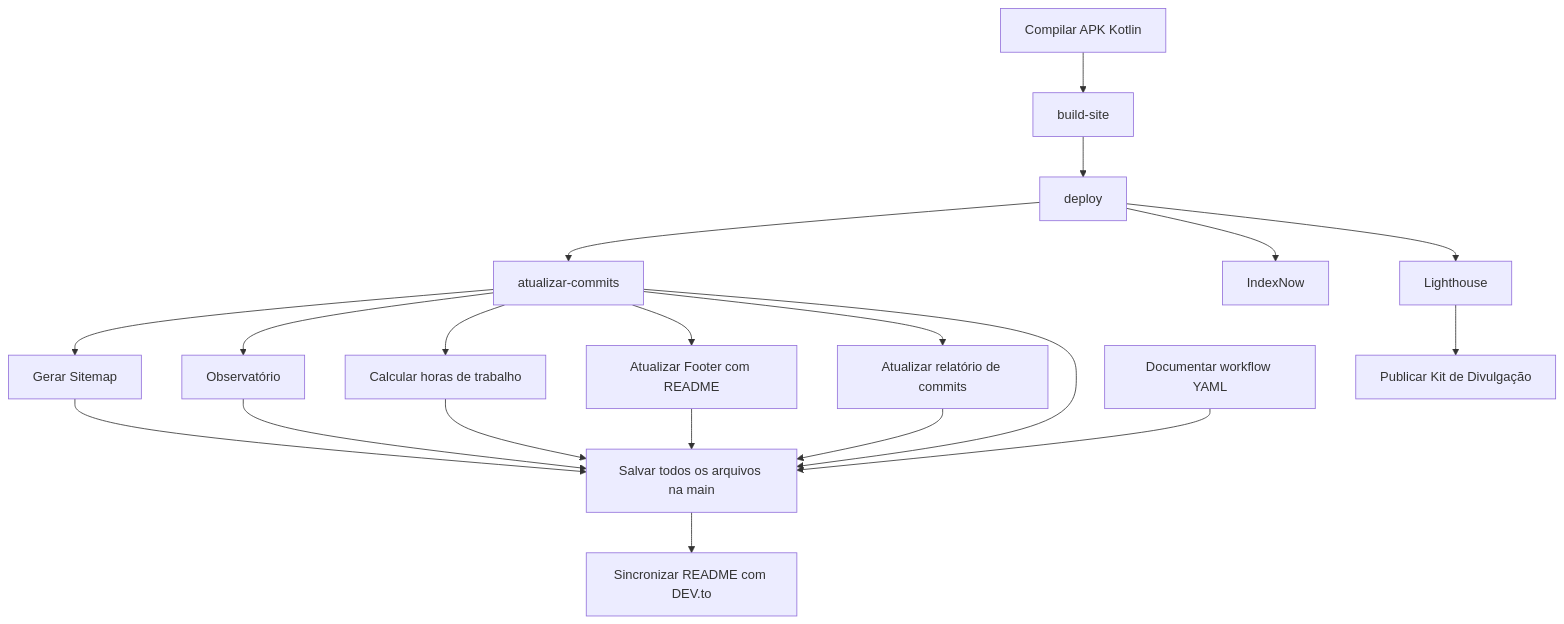
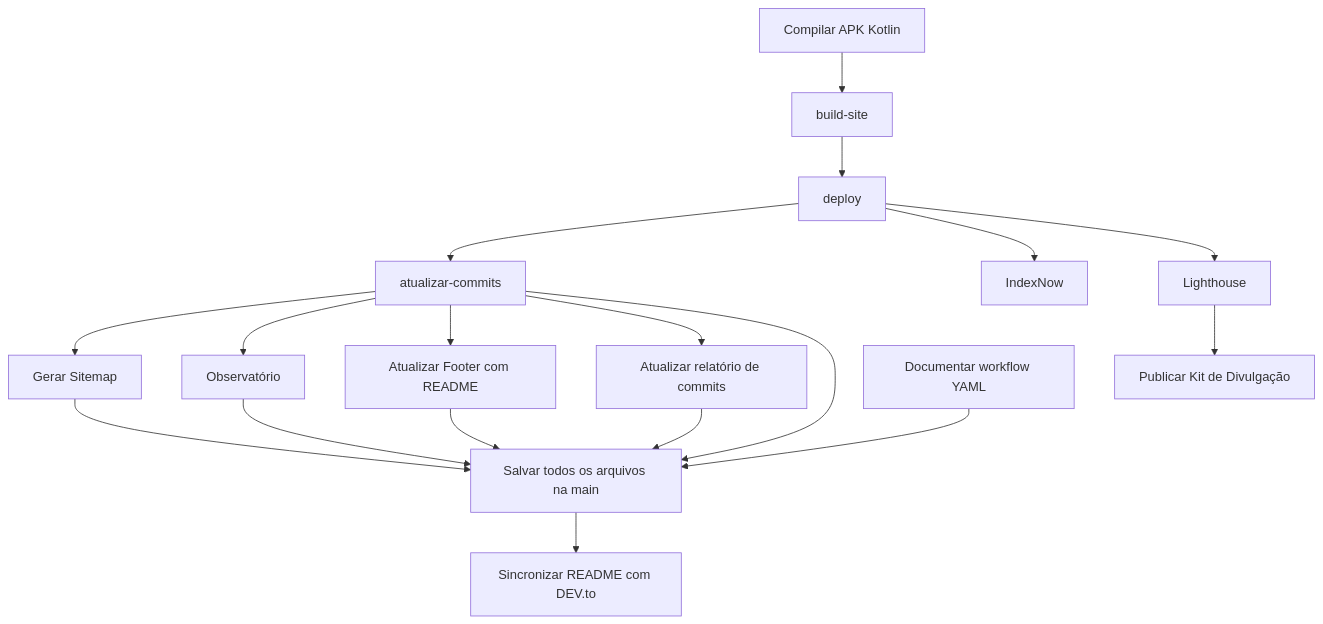
One commit to mulher-amparada/mulher-amparada-app changed the diagram in pesquisas/workflow.md. Above: the diagram before and after it, drawn with Mermaid. The commit also changed other lines of this file and 38 other files, not shown here.

````diff
--- a/pesquisas/workflow.md
+++ b/pesquisas/workflow.md
@@ -32,37 +31,34 @@
 ```mermaid
 flowchart TD
     job_build["Compilar APK Kotlin"]
     job_build_site["build-site"]
     job_deploy["deploy"]
     job_atualizar_commits["atualizar-commits"]
     job_sincronizar_devto["Sincronizar README com DEV.to"]
     job_sitemap["Gerar Sitemap"]
     job_indexnow["IndexNow"]
     job_lighthouse["Lighthouse"]
     job_publicar_divulgacao["Publicar Kit de Divulgação"]
     job_observatorio["Observatório"]
-    job_horas_trabalho["Calcular horas de trabalho"]
     job_atualizar_footer["Atualizar Footer com README"]
     job_atualizar_relatorio_commits["Atualizar relatório de commits"]
     job_pesquisar_projeto["Documentar workflow YAML"]
     job_salvar_na_main["Salvar todos os arquivos na main"]
     job_build --> job_build_site
     job_build_site --> job_deploy
     job_deploy --> job_atualizar_commits
     job_salvar_na_main --> job_sincronizar_devto
     job_atualizar_commits --> job_sitemap
     job_deploy --> job_indexnow
     job_deploy --> job_lighthouse
     job_lighthouse --> job_publicar_divulgacao
     job_atualizar_commits --> job_observatorio
-    job_atualizar_commits --> job_horas_trabalho
     job_atualizar_commits --> job_atualizar_footer
     job_atualizar_commits --> job_atualizar_relatorio_commits
     job_atualizar_commits --> job_salvar_na_main
     job_sitemap --> job_salvar_na_main
     job_atualizar_footer --> job_salvar_na_main
     job_atualizar_relatorio_commits --> job_salvar_na_main
     job_pesquisar_projeto --> job_salvar_na_main
     job_observatorio --> job_salvar_na_main
-    job_horas_trabalho --> job_salvar_na_main
 ```
````
